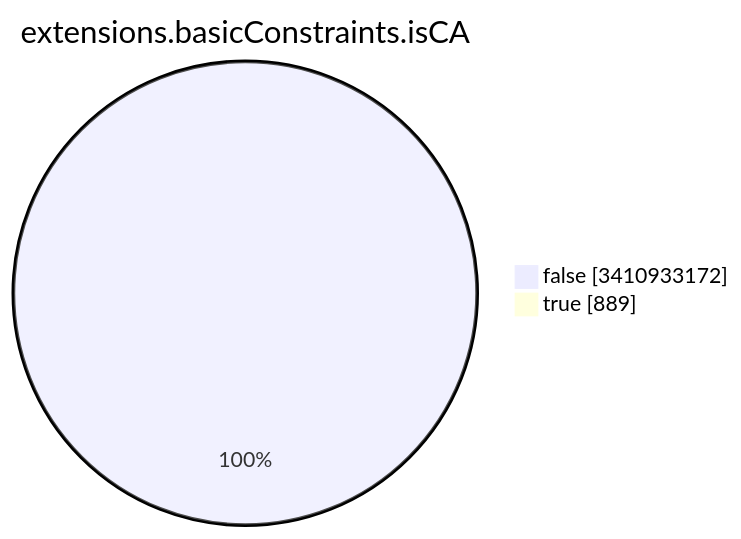
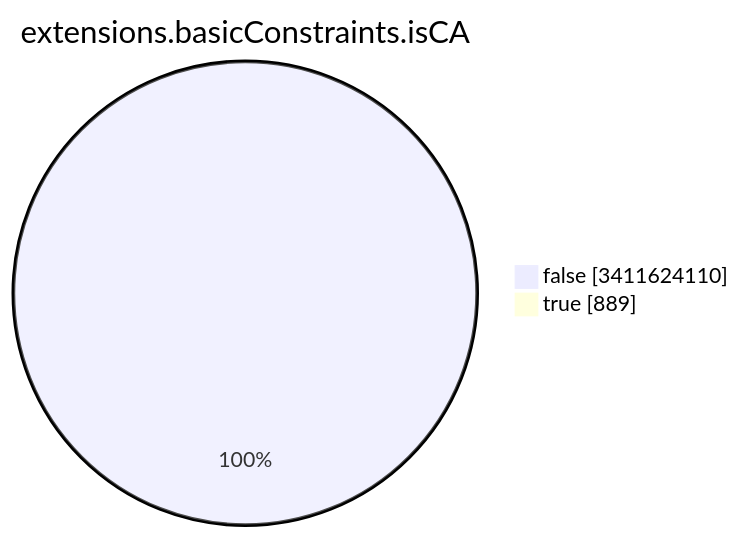
The seventh of 15 diagrams in TOTAL/README.md (christiankrug/ctmonitor_visualization), drawn with Mermaid before and after one commit. The commit also changed other lines of this file, not shown here.

````diff
--- a/TOTAL/README.md
+++ b/TOTAL/README.md
@@ -3092,6 +3092,6 @@
 ```mermaid
 pie showData
 title extensions.basicConstraints.isCA
-"false" :3410933172
+"false" :3411624110
 "true" :889
 ```
````
